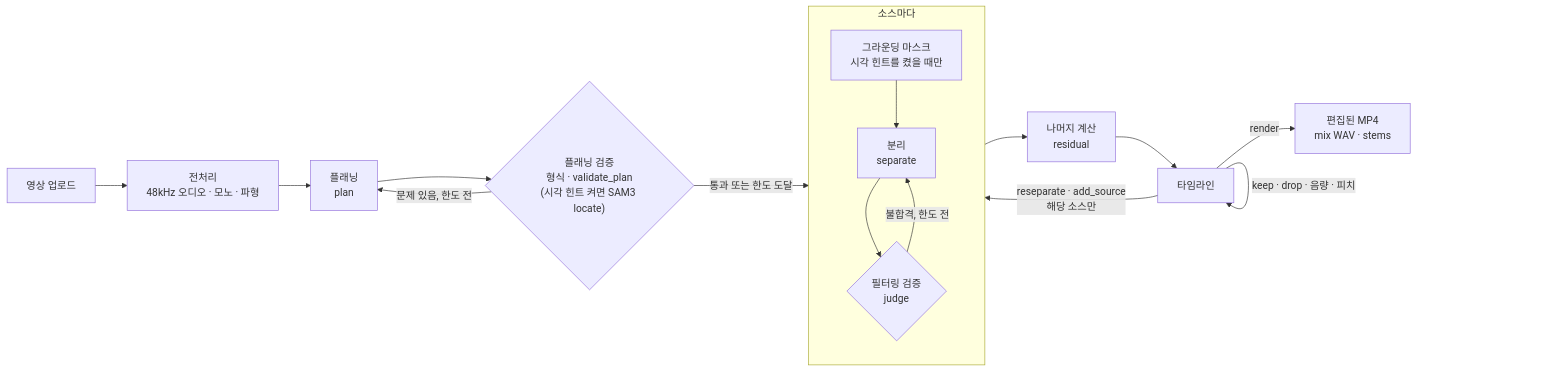
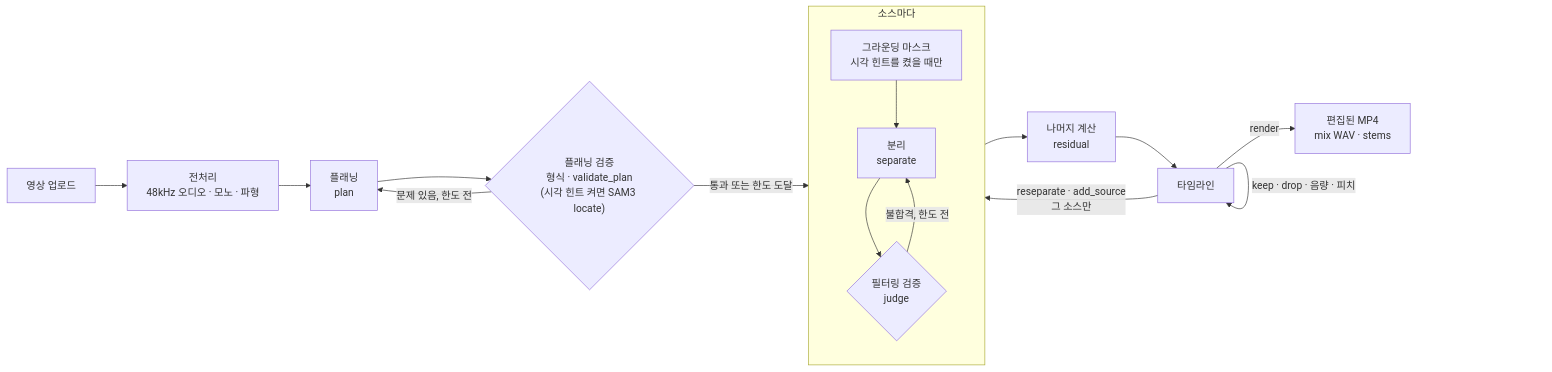
Before and after one commit to capstone-audissey-fall-2026/audissey: the first of 3 diagrams in README.md, drawn with Mermaid. The commit also changed other lines of this file, not shown here.

````diff
--- a/README.md
+++ b/README.md
@@ -24,18 +37,18 @@
 ```mermaid
 flowchart LR
   UP["영상 업로드"] --> PRE["전처리<br/>48kHz 오디오 · 모노 · 파형"]
   PRE --> PLAN["플래닝<br/>plan"]
   PLAN --> CHECK{"플래닝 검증<br/>형식 · validate_plan<br/>(시각 힌트 켜면 SAM3 locate)"}
   CHECK -- "문제 있음, 한도 전" --> PLAN
   CHECK -- "통과 또는 한도 도달" --> SRC
   subgraph SRC["소스마다"]
     MASK["그라운딩 마스크<br/>시각 힌트를 켰을 때만"] --> SEP["분리<br/>separate"]
     SEP --> JUDGE{"필터링 검증<br/>judge"}
     JUDGE -- "불합격, 한도 전" --> SEP
   end
   SRC --> RES["나머지 계산<br/>residual"]
   RES --> TL["타임라인"]
   TL -- "keep · drop · 음량 · 피치" --> TL
-  TL -- "reseparate · add_source<br/>해당 소스만" --> SRC
+  TL -- "reseparate · add_source<br/>그 소스만" --> SRC
   TL -- "render" --> OUT["편집된 MP4<br/>mix WAV · stems"]
 ```
````
